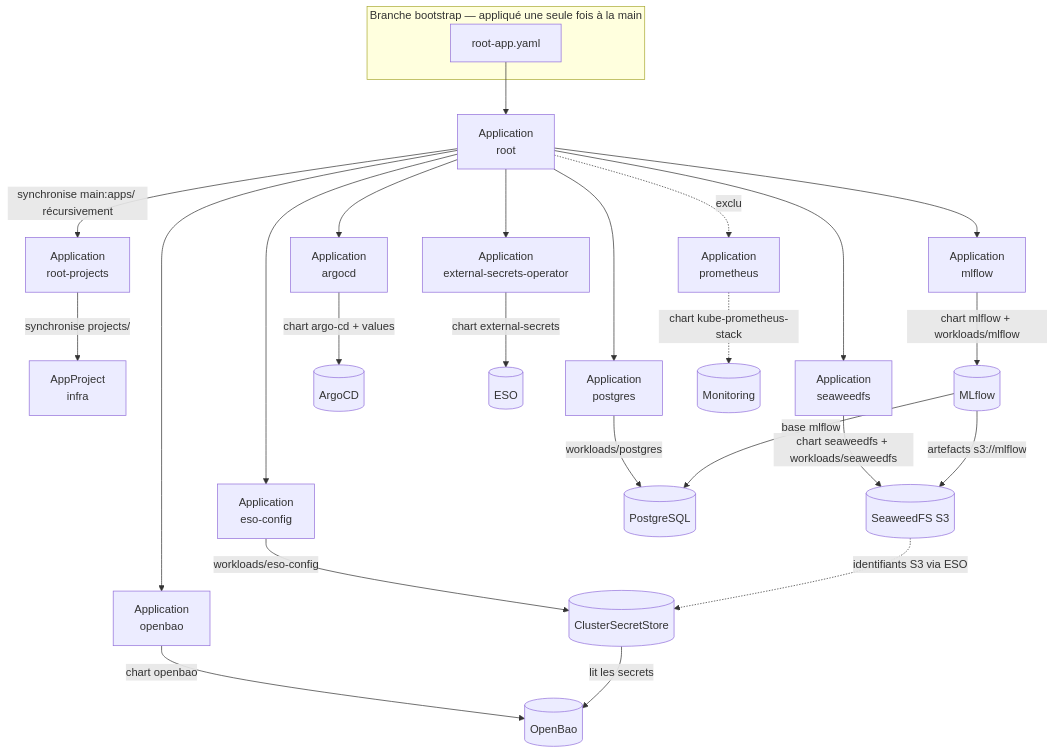
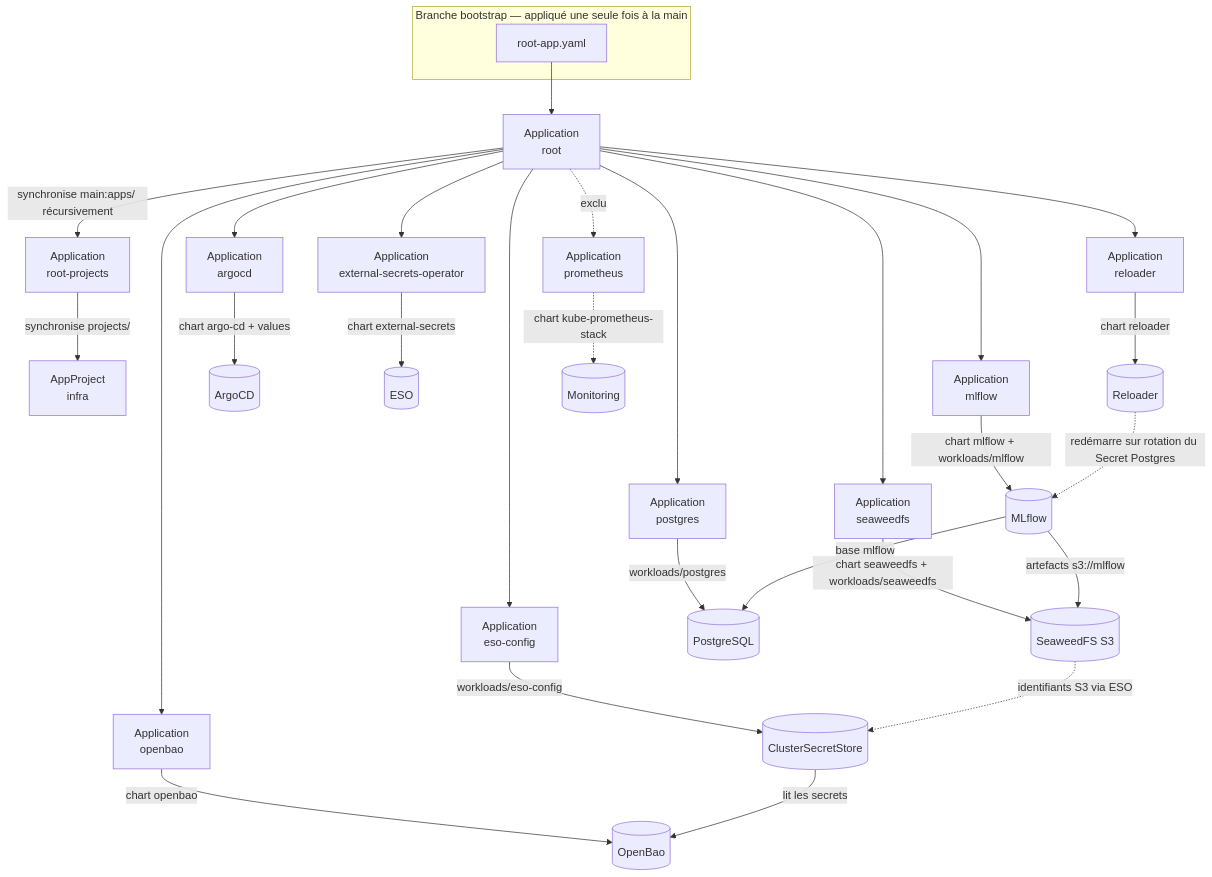
Before and after one commit to jeanbaptiste-billaud/ArgoCD_Udemy: the diagram in README.md, drawn with Mermaid. The commit also changed other lines of this file and 3 other files, not shown here.

````diff
--- a/README.md
+++ b/README.md
@@ -47,34 +47,37 @@
 ```mermaid
 flowchart TD
     subgraph manuel["Branche bootstrap — appliqué une seule fois à la main"]
         RA[root-app.yaml]
     end
 
     RA --> ROOT[Application<br/>root]
 
     ROOT -->|synchronise main:apps/ récursivement| RP[Application<br/>root-projects]
     RP -->|synchronise projects/| PRJ[AppProject<br/>infra]
 
     ROOT --> ARGO[Application<br/>argocd]
     ROOT --> ESO[Application<br/>external-secrets-operator]
     ROOT --> ESOC[Application<br/>eso-config]
     ROOT --> BAO[Application<br/>openbao]
     ROOT --> SWFS[Application<br/>seaweedfs]
     ROOT --> PG[Application<br/>postgres]
     ROOT --> MLF[Application<br/>mlflow]
+    ROOT --> RLD[Application<br/>reloader]
     ROOT -. exclu .-> PROM[Application<br/>prometheus]
 
     ARGO -->|chart argo-cd + values| ARGOCD[(ArgoCD)]
     ESO -->|chart external-secrets| ESOD[(ESO)]
     ESOC -->|workloads/eso-config| CSS[(ClusterSecretStore)]
     BAO -->|chart openbao| BAOD[(OpenBao)]
     SWFS -->|chart seaweedfs + workloads/seaweedfs| SWFSD[(SeaweedFS S3)]
     PG -->|workloads/postgres| PGD[(PostgreSQL)]
     MLF -->|chart mlflow + workloads/mlflow| MLFD[(MLflow)]
     MLFD -->|base mlflow| PGD
     MLFD -->|artefacts s3://mlflow| SWFSD
+    RLD -->|chart reloader| RLDD[(Reloader)]
+    RLDD -.->|redémarre sur rotation du Secret Postgres| MLFD
     PROM -.->|chart kube-prometheus-stack| PROMD[(Monitoring)]
 
     CSS -->|lit les secrets| BAOD
     SWFSD -.->|identifiants S3 via ESO| CSS
 ```
````
